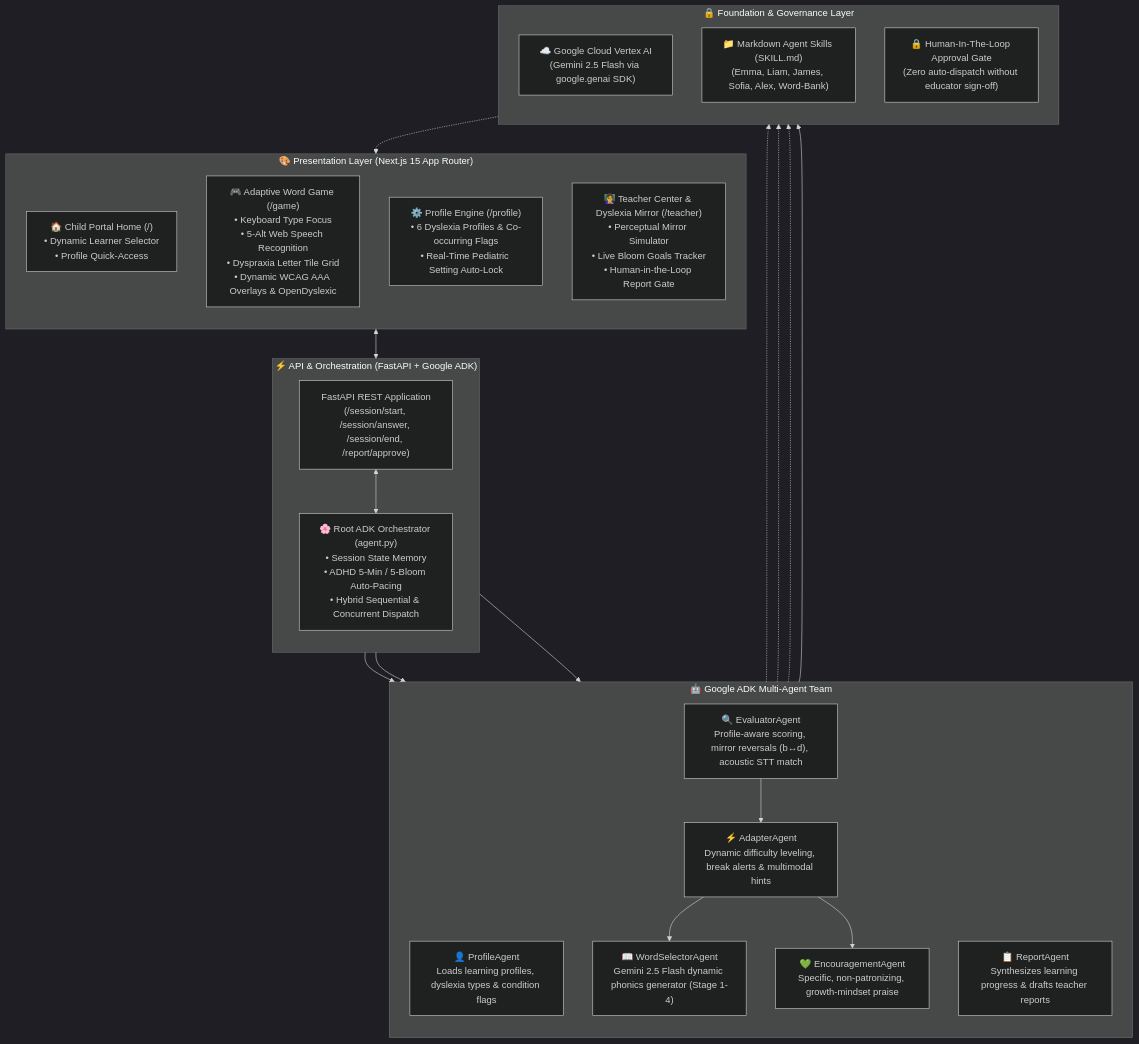
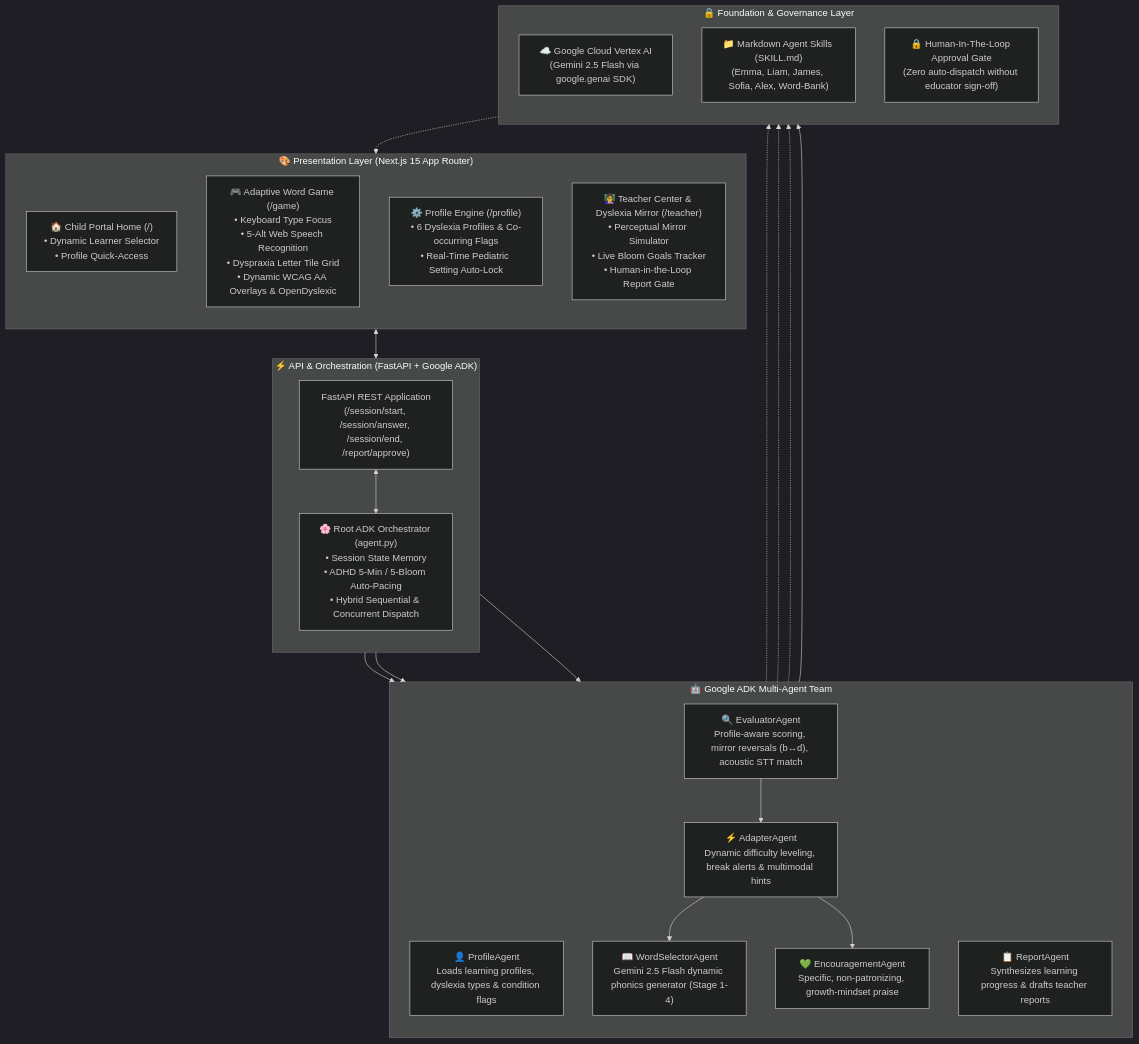
One commit to soumyaritu/WordBloom changed the first of 2 diagrams in WordBloom_System_Overview.md. Above: the diagram before and after it, drawn with Mermaid (dark theme). The commit also changed other lines of this file and 1 other file, not shown here.

Commit message:
docs: adjust accessibility standard from WCAG AAA to WCAG AA

````diff
--- a/WordBloom_System_Overview.md
+++ b/WordBloom_System_Overview.md
@@ -130,48 +130,48 @@
 ```mermaid
 flowchart TB
     subgraph PRESENTATION["🎨 Presentation Layer (Next.js 15 App Router)"]
         direction TB
         UI_HOME["🏠 Child Portal Home (/)<br/>• Dynamic Learner Selector<br/>• Profile Quick-Access"]
-        UI_GAME["🎮 Adaptive Word Game (/game)<br/>• Keyboard Type Focus<br/>• 5-Alt Web Speech Recognition<br/>• Dyspraxia Letter Tile Grid<br/>• Dynamic WCAG AAA Overlays & OpenDyslexic"]
+        UI_GAME["🎮 Adaptive Word Game (/game)<br/>• Keyboard Type Focus<br/>• 5-Alt Web Speech Recognition<br/>• Dyspraxia Letter Tile Grid<br/>• Dynamic WCAG AA Overlays & OpenDyslexic"]
         UI_PROFILE["⚙️ Profile Engine (/profile)<br/>• 6 Dyslexia Profiles & Co-occurring Flags<br/>• Real-Time Pediatric Setting Auto-Lock"]
         UI_TEACHER["👩‍🏫 Teacher Center & Dyslexia Mirror (/teacher)<br/>• Perceptual Mirror Simulator<br/>• Live Bloom Goals Tracker<br/>• Human-in-the-Loop Report Gate"]
     end
 
     subgraph ORCHESTRATION["⚡ API & Orchestration (FastAPI + Google ADK)"]
         direction TB
         API["FastAPI REST Application<br/>(/session/start, /session/answer, /session/end, /report/approve)"]
         ROOT["🌸 Root ADK Orchestrator (agent.py)<br/>• Session State Memory<br/>• ADHD 5-Min / 5-Bloom Auto-Pacing<br/>• Hybrid Sequential & Concurrent Dispatch"]
     end
 
     subgraph AGENTS["🤖 Google ADK Multi-Agent Team"]
         direction TB
         AG_PROF["👤 ProfileAgent<br/>Loads learning profiles, dyslexia types & condition flags"]
         AG_WORD["📖 WordSelectorAgent<br/>Gemini 2.5 Flash dynamic phonics generator (Stage 1-4)"]
         AG_EVAL["🔍 EvaluatorAgent<br/>Profile-aware scoring, mirror reversals (b↔d), acoustic STT match"]
         AG_ADAPT["⚡ AdapterAgent<br/>Dynamic difficulty leveling, break alerts & multimodal hints"]
         AG_ENCOURAGE["💚 EncouragementAgent<br/>Specific, non-patronizing, growth-mindset praise"]
         AG_REPORT["📋 ReportAgent<br/>Synthesizes learning progress & drafts teacher reports"]
     end
 
     subgraph GOVERNANCE["🔒 Foundation & Governance Layer"]
         direction TB
         VERTEX["☁️ Google Cloud Vertex AI<br/>(Gemini 2.5 Flash via google.genai SDK)"]
         SKILLS["📁 Markdown Agent Skills (SKILL.md)<br/>(Emma, Liam, James, Sofia, Alex, Word-Bank)"]
         HITL["🔒 Human-In-The-Loop Approval Gate<br/>(Zero auto-dispatch without educator sign-off)"]
     end
 
     %% Flow connections
     PRESENTATION <--> API
     API <--> ROOT
     ROOT --> AG_PROF
     AG_PROF -.-> SKILLS
     ROOT --> AG_EVAL
     AG_EVAL --> AG_ADAPT
     AG_ADAPT --> AG_WORD
     AG_ADAPT --> AG_ENCOURAGE
     AG_WORD -.-> VERTEX
     AG_ENCOURAGE -.-> VERTEX
     ROOT --> AG_REPORT
     AG_REPORT --> HITL
     HITL -.-> UI_TEACHER
 ```
````
